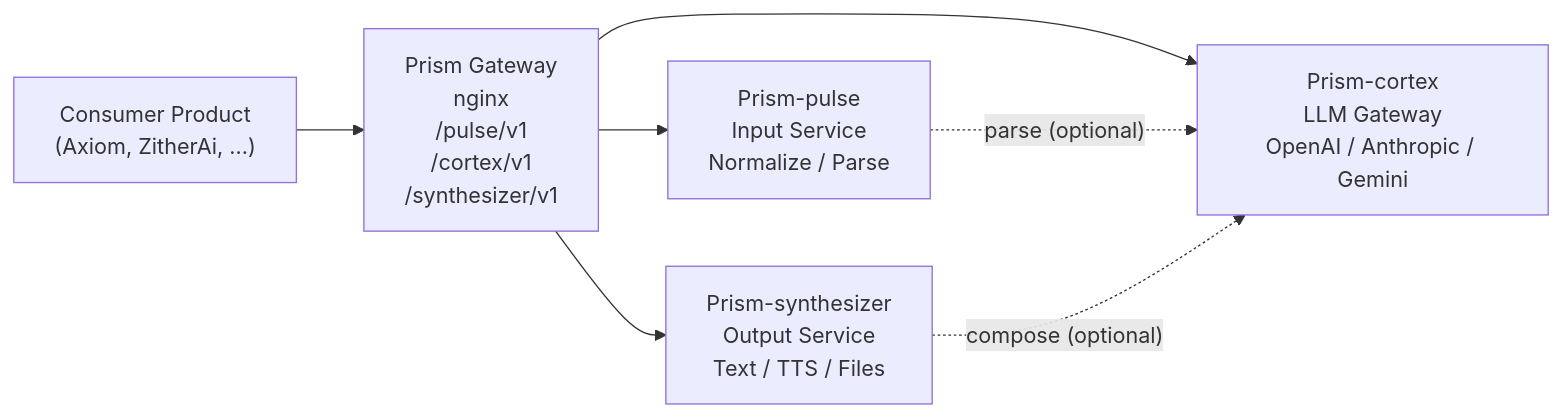
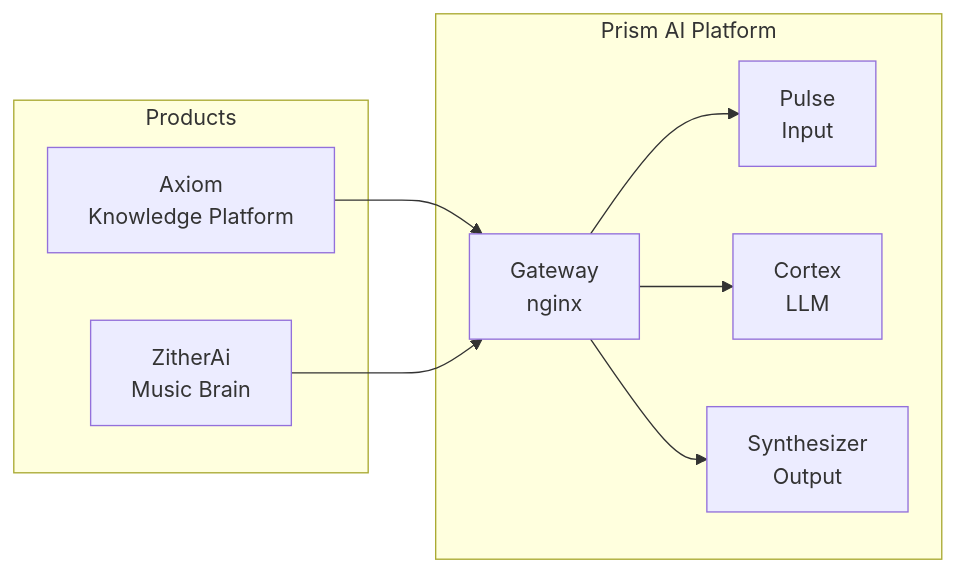
One commit to vsinghal3737/vsinghal3737 changed the first of 4 diagrams in README.md. Above: the diagram before and after it, drawn with Mermaid. The commit also changed other lines of this file, not shown here.

````diff
--- a/README.md
+++ b/README.md
@@ -17,15 +43,18 @@
 ```mermaid
 flowchart LR
-    Client["Consumer Product<br/>(Axiom, ZitherAi, ...)"]
-    Gateway["Prism Gateway<br/>nginx<br/>/pulse/v1<br/>/cortex/v1<br/>/synthesizer/v1"]
-    Pulse["Prism-pulse<br/>Input Service<br/>Normalize / Parse"]
-    Cortex["Prism-cortex<br/>LLM Gateway<br/>OpenAI / Anthropic / Gemini"]
-    Synthesizer["Prism-synthesizer<br/>Output Service<br/>Text / TTS / Files"]
+    subgraph Products
+        Axiom["Axiom<br/>Knowledge Platform"]
+        ZitherAi["ZitherAi<br/>Music Brain"]
+    end
 
-    Client --> Gateway
-    Gateway --> Pulse
-    Gateway --> Cortex
-    Gateway --> Synthesizer
-    Pulse -. parse (optional) .-> Cortex
-    Synthesizer -. compose (optional) .-> Cortex
+    subgraph Prism["Prism AI Platform"]
+        GW["Gateway<br/>nginx"]
+        P["Pulse<br/>Input"]
+        C["Cortex<br/>LLM"]
+        S["Synthesizer<br/>Output"]
+    end
+
+    Axiom --> GW
+    ZitherAi --> GW
+    GW --> P & C & S
 ```
````
